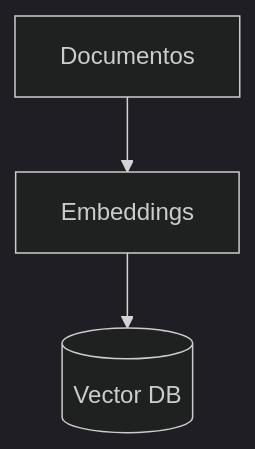
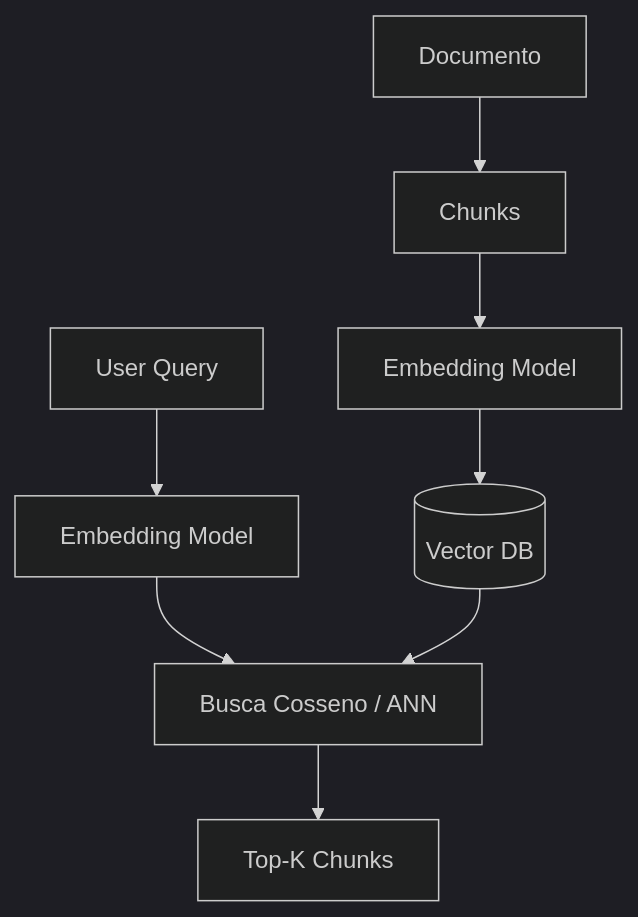
One commit to jcguimaraesnet/course-intelligent-agents changed the third of 3 diagrams in pages/ai-agents/slide-etapa7.md. Above: the diagram before and after it, drawn with Mermaid. The commit also changed other lines of this file, not shown here.

Commit message:
fix(ai-agents): reordenar tabela de similaridade de cosseno em ordem crescente no slide 144

````diff
--- a/pages/ai-agents/slide-etapa7.md
+++ b/pages/ai-agents/slide-etapa7.md
@@ -567,11 +558,18 @@
-```mermaid {theme: 'dark'}
+```mermaid {theme: 'dark', flowchart: { subGraphTitleMargin: { top: 10, bottom: 10 } }}
 ---
 config:
   theme: dark
+  flowchart:
+    subGraphTitleMargin:
+      top: 10
+      bottom: 10
 ---
 flowchart TD
-Docs["Documentos"]
-Embed["Embeddings"]
-VDB[("Vector DB")]
-Docs --> Embed --> VDB
+Doc["Documento"] --> Split["Chunks"]
+Split --> Embed["Embedding Model"]
+Embed --> VectorDB[("Vector DB")]
+Query["User Query"] --> QEmbed["Embedding Model"]
+QEmbed --> Search["Busca Cosseno / ANN"]
+VectorDB --> Search
+Search --> Context["Top-K Chunks"]
 ```
````
